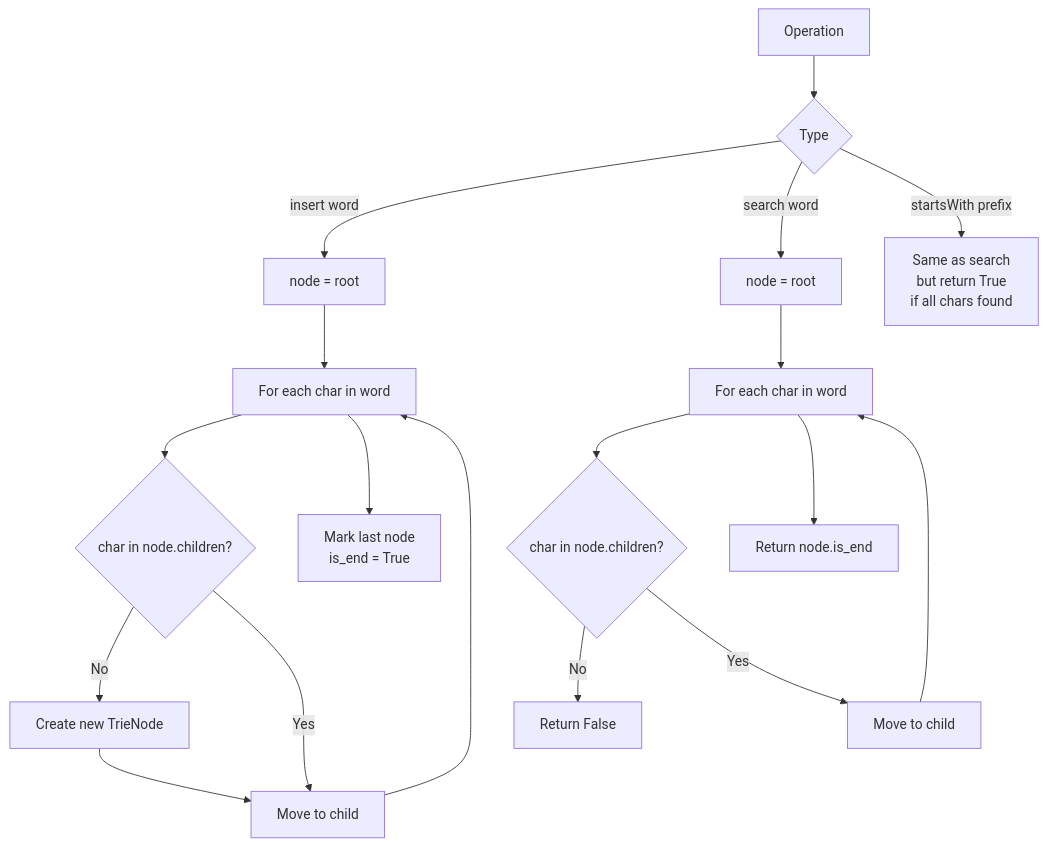
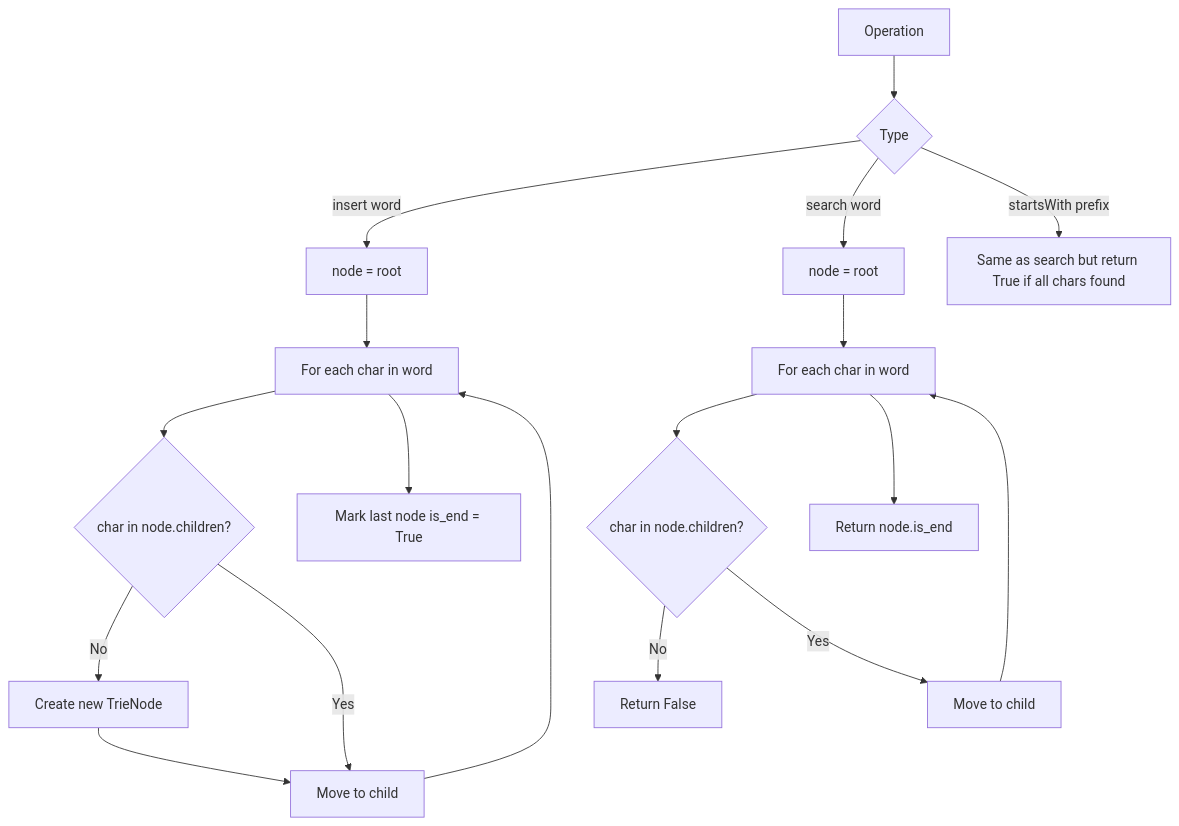
The third of 7 diagrams in tries/README.md (deepanshu-rawat6/AlgoAtlas), drawn with Mermaid before and after one commit. The commit also changed other lines of this file and 13 other files, not shown here.

````diff
--- a/tries/README.md
+++ b/tries/README.md
@@ -42,20 +42,20 @@
 ```mermaid
 flowchart TD
     A[Operation] --> B{"Type"}
     B -- insert word --> C[node = root]
     C --> D[For each char in word]
     D --> E{"char in node.children?"}
     E -- No --> F[Create new TrieNode]
     E -- Yes --> G[Move to child]
     F --> G
     G --> D
-    D --> H[Mark last node<br>is_end = True]
+    D --> H[Mark last node is_end = True]
     B -- search word --> I[node = root]
     I --> J[For each char in word]
     J --> K{"char in node.children?"}
     K -- No --> L[Return False]
     K -- Yes --> M[Move to child]
     M --> J
     J --> N[Return node.is_end]
-    B -- startsWith prefix --> O[Same as search<br>but return True<br>if all chars found]
+    B -- startsWith prefix --> O[Same as search but return True if all chars found]
 ```
````
